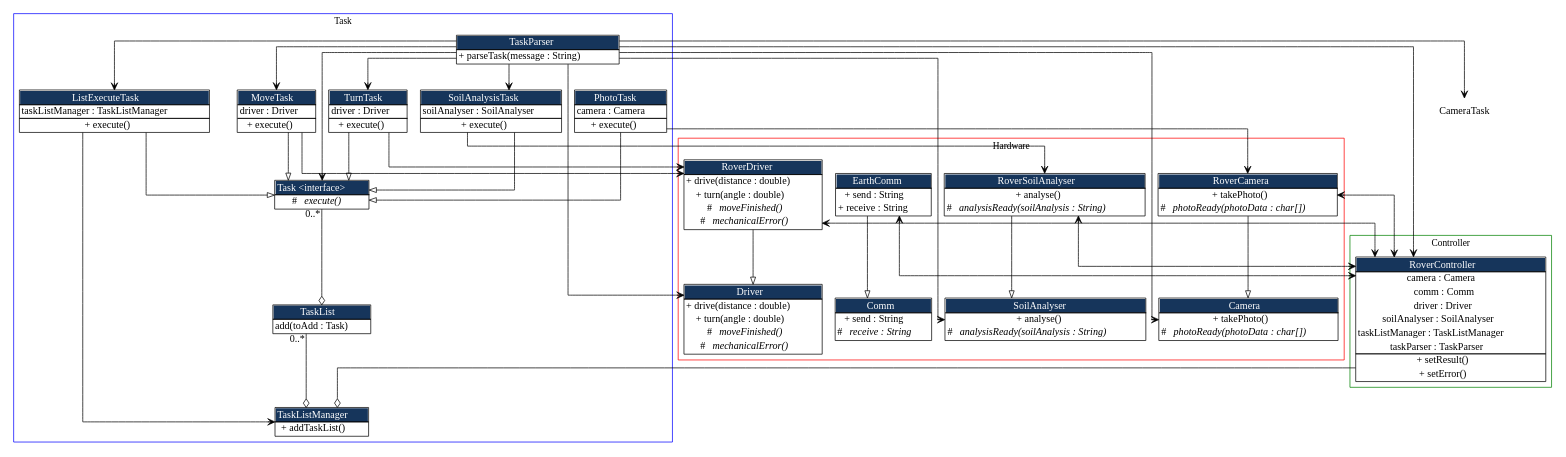
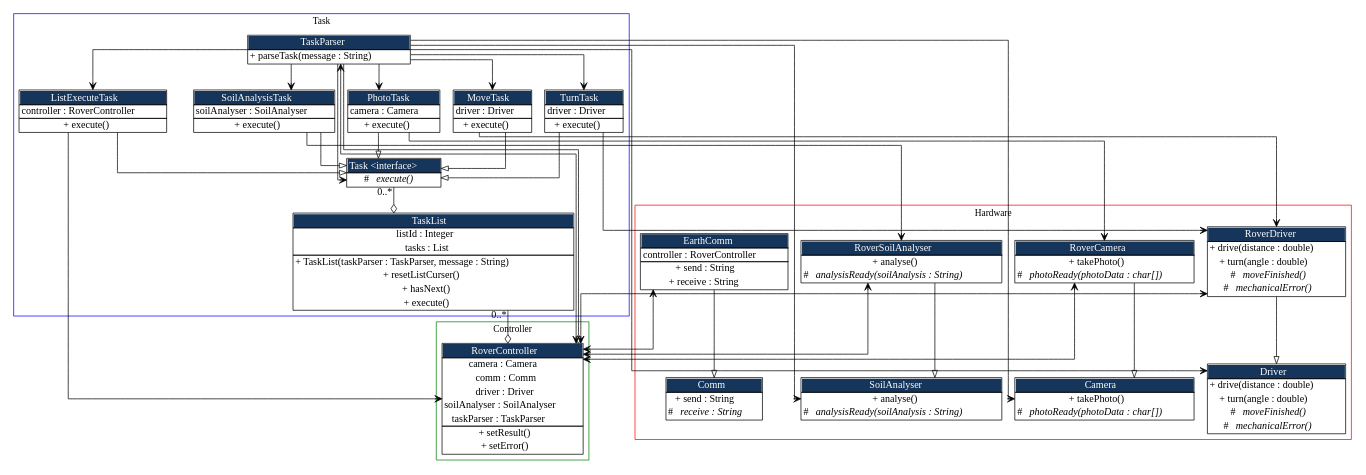
Before and after one commit to LuminousMonkey/SE200-Assignment-2014-S2: the diagram in doc/assignment.dot, drawn with Graphviz. The commit also changed 8 other files, not shown here.

Commit message:
Removed TaskListManager, RoverController does that work.

```diff
--- a/doc/assignment.dot
+++ b/doc/assignment.dot
@@ -58,6 +58,8 @@
                 label = <<table border="1" cellborder="0" cellspacing="0">
                 <tr><td bgcolor="#16355b"><font color="white">EarthComm</font></td></tr>
                                 <hr/>
+                                <tr><td>controller : RoverController</td></tr>
+                                <hr/>
                                 <tr><td>+ send : String</td></tr>
                                 <tr><td>+ receive : String</td></tr>
                          </table>>
@@ -112,7 +114,13 @@
                label = <<table border="1" cellborder="0" cellspacing="0">
                <tr><td bgcolor="#16355b"><font color="white">TaskList</font></td></tr>
                                <hr/>
-                               <tr><td> add(toAdd : Task)</td></tr>
+                               <tr><td>listId : Integer</td></tr>
+                               <tr><td>tasks : List</td></tr>
+                               <hr/>
+                               <tr><td>+ TaskList(taskParser : TaskParser, message : String)</td></tr>
+                               <tr><td>+ resetListCurser()</td></tr>
+                               <tr><td>+ hasNext()</td></tr>
+                               <tr><td>+ execute()</td></tr>
                         </table>>
 
         ]
@@ -166,7 +174,7 @@
                label = <<table border="1" cellborder="0" cellspacing="0">
                <tr><td bgcolor="#16355b"><font color="white">ListExecuteTask</font></td></tr>
                                <hr/>
-                               <tr><td>taskListManager : TaskListManager</td></tr>
+                               <tr><td>controller : RoverController</td></tr>
                                <hr/>
                                <tr><td>+ execute()</td></tr>
                         </table>>
@@ -182,14 +190,6 @@
 
         ]
 
-        TaskListManager [
-               label = <<table border="1" cellborder="0" cellspacing="0">
-               <tr><td bgcolor="#16355b"><font color="white">TaskListManager</font></td></tr>
-                               <hr/>
-                               <tr><td>+ addTaskList()</td></tr>
-                        </table>>
-
-        ]
  }
     subgraph cluster_controller {
              color = "green";
@@ -202,7 +202,6 @@
                                <tr><td>comm : Comm</td></tr>
                                <tr><td>driver : Driver</td></tr>
                                <tr><td>soilAnalyser : SoilAnalyser</td></tr>
-                               <tr><td>taskListManager : TaskListManager</td></tr>
                                <tr><td>taskParser : TaskParser</td></tr>
                                <hr/>
                                <tr><td>+ setResult()</td></tr>
@@ -226,8 +225,8 @@
 
         edge [ arrowhead = "odiamond" ];
         Task -> TaskList  [ taillabel = "0..*"];
-        RoverController -> TaskListManager;
-        TaskList -> TaskListManager [ taillabel = "0..*"];
+        TaskList -> RoverController [ taillabel = "0..*"];
+        TaskParser -> RoverController;
 
         edge [ arrowhead = "vee", arrowtail = "vee" ];
         MoveTask -> RoverDriver;
@@ -238,7 +237,7 @@
         TaskParser -> MoveTask;
         TaskParser -> TurnTask;
         TaskParser -> SoilAnalysisTask;
-        TaskParser -> CameraTask;
+        TaskParser -> PhotoTask;
         TaskParser -> ListExecuteTask;
 
         TaskParser -> Driver;
@@ -246,12 +245,12 @@
         TaskParser -> Camera;
         TaskParser -> Task;
 
-        TaskParser -> RoverController;
+        TaskParser -> RoverController [dir="both"];
 
         RoverCamera -> RoverController [dir="both"];
         RoverController -> RoverComm [dir="both"];
         RoverDriver -> RoverController [dir="both"];
         RoverSoilAnalyser -> RoverController [dir="both"];
 
-        ListExecuteTask -> TaskListManager;
+        ListExecuteTask -> RoverController;
 }
```
